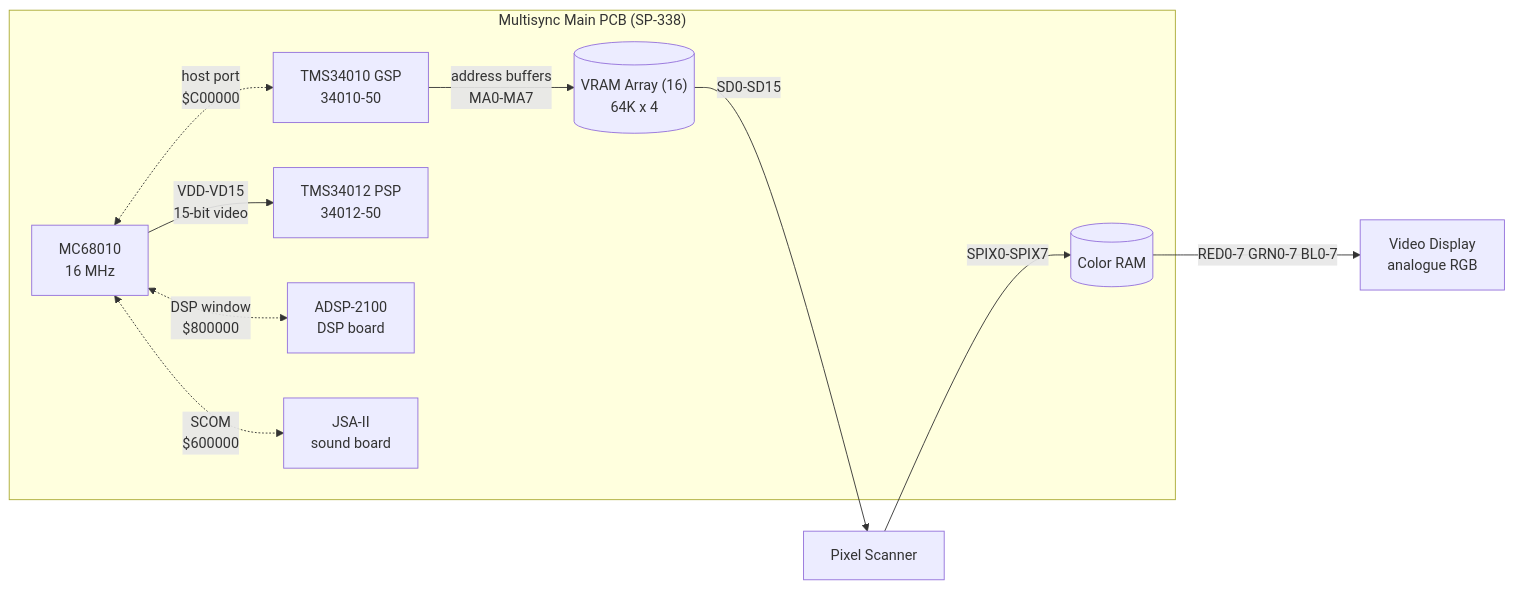
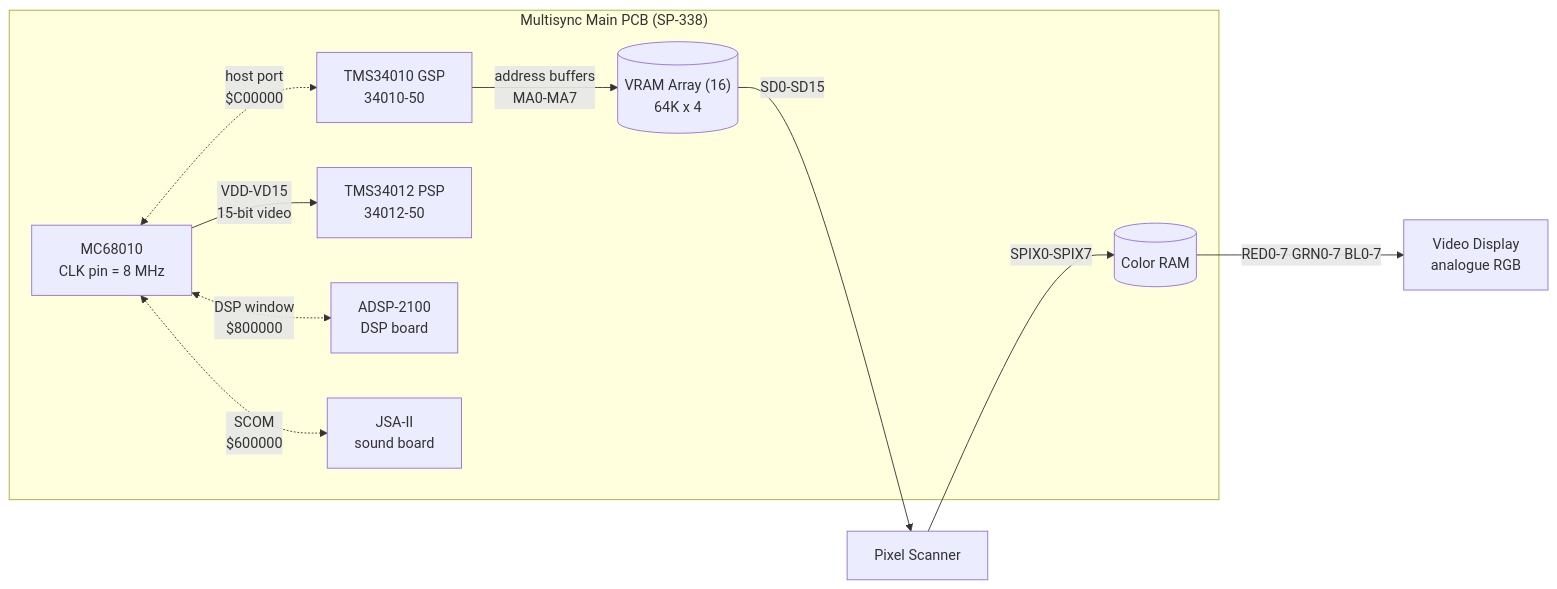
One commit to superbudvar/stun-runner changed the first of 12 diagrams in docs/manual-transcription.md. Above: the diagram before and after it, drawn with Mermaid. The commit also changed other lines of this file and 1 other file, not shown here.

````diff
--- a/docs/manual-transcription.md
+++ b/docs/manual-transcription.md
@@ -45,22 +45,22 @@
 ```mermaid
 flowchart LR
     subgraph Main["Multisync Main PCB (SP-338)"]
-        M68K["MC68010<br/>16 MHz"]
+        M68K["MC68010<br/>CLK pin = 8 MHz"]
         GSP["TMS34010 GSP<br/>34010-50"]
         PSP["TMS34012 PSP<br/>34012-50"]
         VRAM[("VRAM Array (16)<br/>64K x 4")]
         COLOR[("Color RAM")]
         ADSP["ADSP-2100<br/>DSP board"]
         JSA["JSA-II<br/>sound board"]
     end
 
     M68K -- "VDD-VD15<br/>15-bit video" --> PSP
     GSP -- "address buffers<br/>MA0-MA7" --> VRAM
     VRAM -- "SD0-SD15" --> SCAN["Pixel Scanner"]
     SCAN -- "SPIX0-SPIX7" --> COLOR
     COLOR -- "RED0-7 GRN0-7 BL0-7" --> VID["Video Display<br/>analogue RGB"]
 
     M68K <-. "host port<br/>$C00000" .-> GSP
     M68K <-. "DSP window<br/>$800000" .-> ADSP
     M68K <-. "SCOM<br/>$600000" .-> JSA
 ```
````
